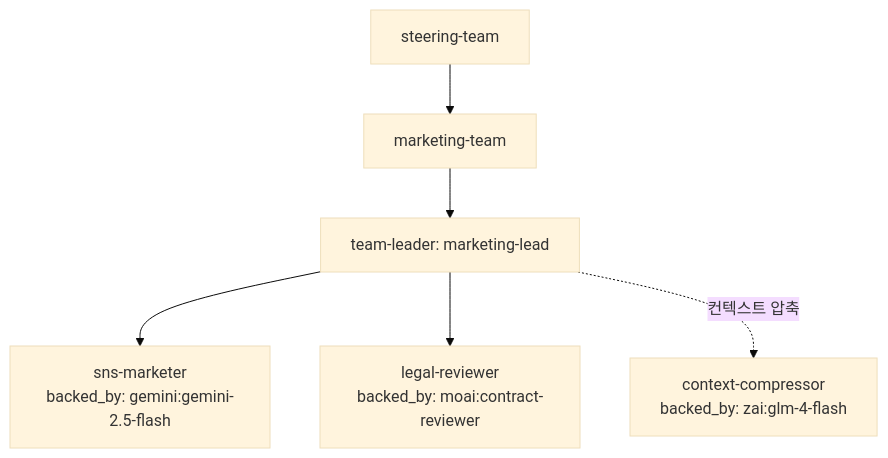
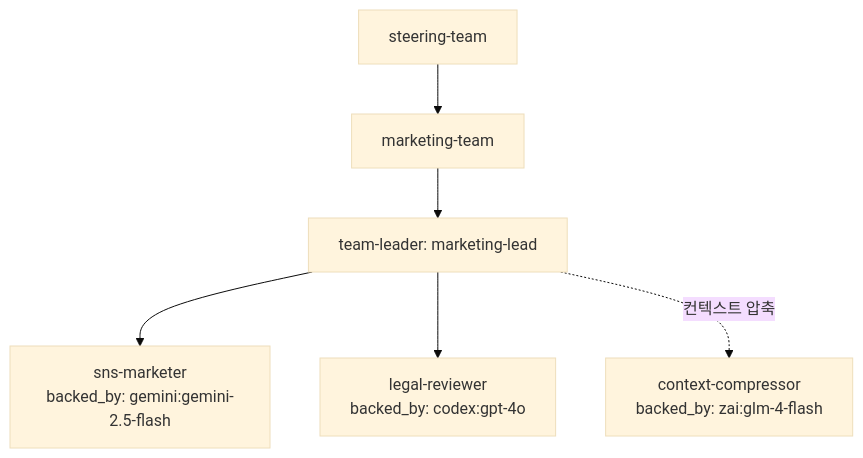
Before and after one commit to yarang/relay-plugin: the fourth of 5 diagrams in relay-plugin/README.md, drawn with Mermaid (base theme). The commit also changed other lines of this file and 27 other files, not shown here.

````diff
--- a/relay-plugin/README.md
+++ b/relay-plugin/README.md
@@ -575,15 +584,15 @@
 ```mermaid
 graph TD
     ST["steering-team"]
     MT["marketing-team"]
     ML["team-leader: marketing-lead"]
     SM["sns-marketer\nbacked_by: gemini:gemini-2.5-flash"]
-    LR["legal-reviewer\nbacked_by: moai:contract-reviewer"]
+    LR["legal-reviewer\nbacked_by: codex:gpt-4o"]
     CC["context-compressor\nbacked_by: zai:glm-4-flash"]
 
     ST --> MT
     MT --> ML
     ML --> SM
     ML --> LR
     ML -.->|컨텍스트 압축| CC
 ```
````
